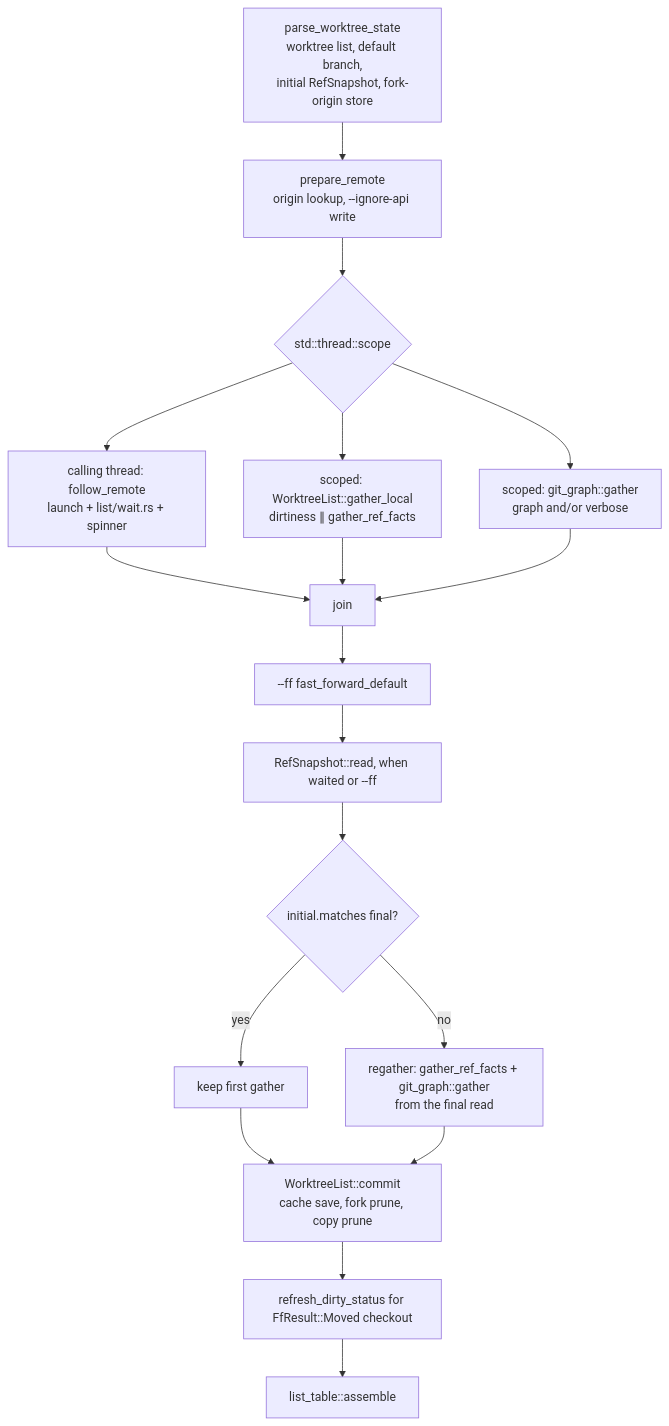
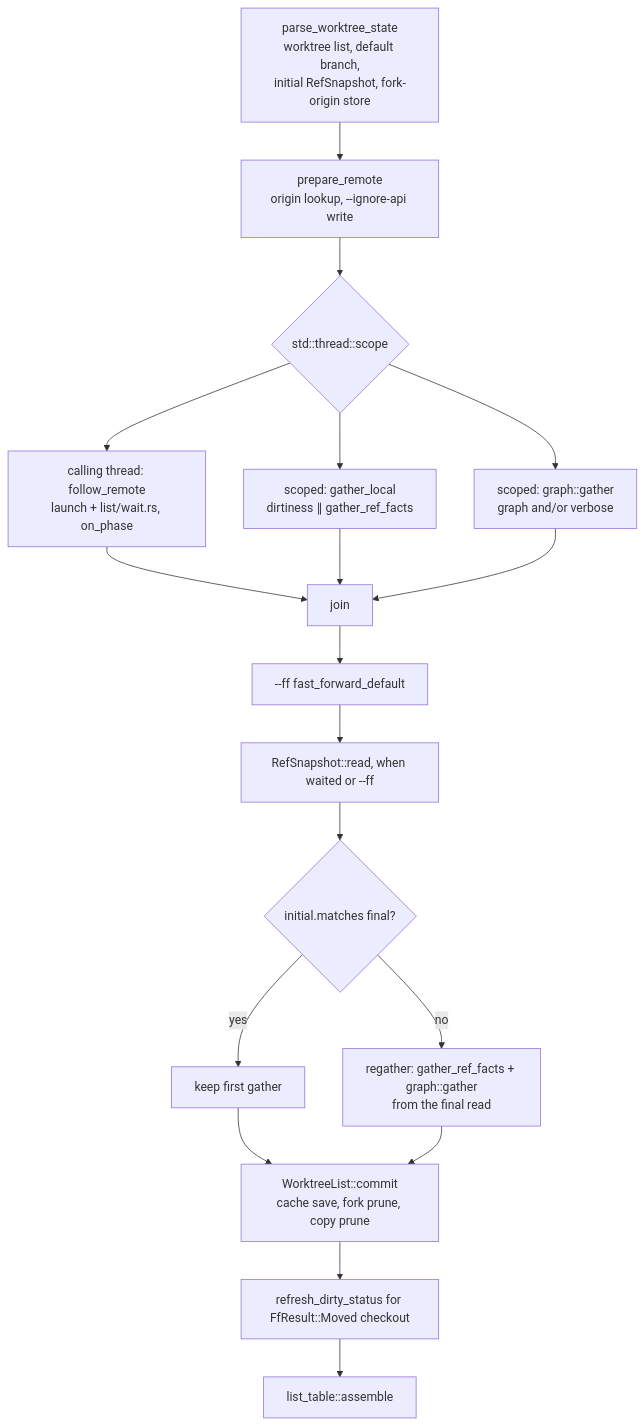
The diagram in .claude/skills/worktree/list.md (yankeeinlondon/rusty-biscuit), drawn with Mermaid before and after one commit. The commit also changed other lines of this file and 4 other files, not shown here.

First line of the commit message:
docs(worktree): describe typed --perf timings and library list pipeline

````diff
--- a/.claude/skills/worktree/list.md
+++ b/.claude/skills/worktree/list.md
@@ -13,20 +16,20 @@
 ```mermaid
 flowchart TD
   A[parse_worktree_state<br/>worktree list, default branch,<br/>initial RefSnapshot, fork-origin store] --> P[prepare_remote<br/>origin lookup, --ignore-api write]
   P --> S{std::thread::scope}
-  S --> W[calling thread: follow_remote<br/>launch + list/wait.rs + spinner]
-  S --> L[scoped: WorktreeList::gather_local<br/>dirtiness ∥ gather_ref_facts]
-  S --> G[scoped: git_graph::gather<br/>graph and/or verbose]
+  S --> W[calling thread: follow_remote<br/>launch + list/wait.rs, on_phase]
+  S --> L[scoped: gather_local<br/>dirtiness ∥ gather_ref_facts]
+  S --> G[scoped: graph::gather<br/>graph and/or verbose]
   W --> J[join]
   L --> J
   G --> J
   J --> F[--ff fast_forward_default]
   F --> R[RefSnapshot::read, when waited or --ff]
   R --> E{initial.matches final?}
   E -- yes --> K[keep first gather]
-  E -- no --> X[regather: gather_ref_facts + git_graph::gather<br/>from the final read]
+  E -- no --> X[regather: gather_ref_facts + graph::gather<br/>from the final read]
   K --> C[WorktreeList::commit<br/>cache save, fork prune, copy prune]
   X --> C
   C --> D[refresh_dirty_status for FfResult::Moved checkout]
   D --> T[list_table::assemble]
 ```
````
